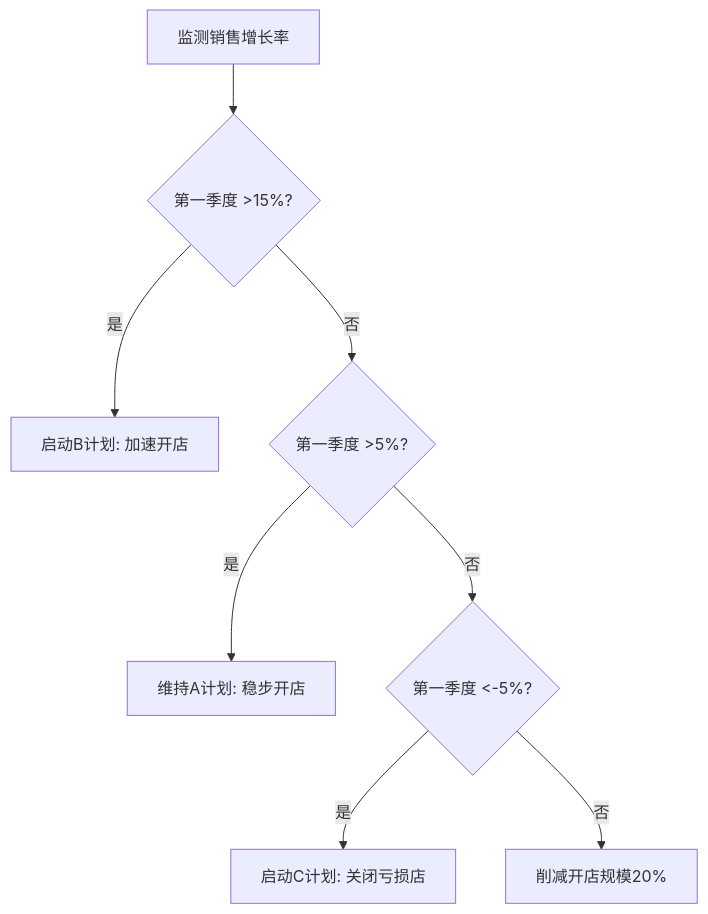
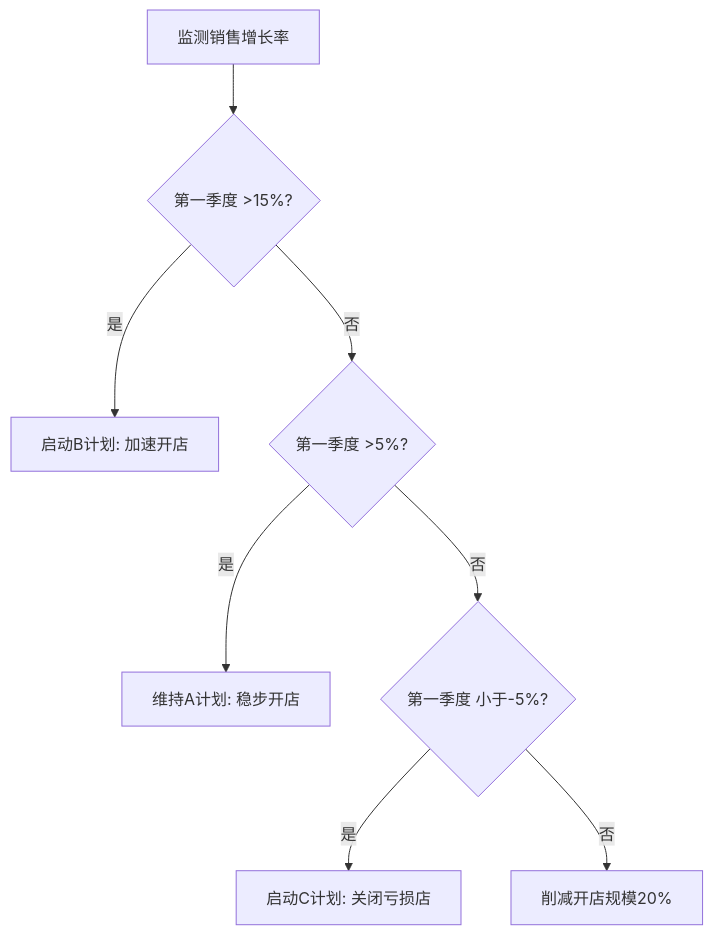
Before and after one commit to amcoimg/my-digital-garden: the diagram in src/site/notes/08-财务专业/财务BP/学习内容/财务预测与模型/情景分析/情景分析的决策应用.md, drawn with Mermaid. The commit also changed 5 other files, not shown here.

````diff
--- a/src/site/notes/08-财务专业/财务BP/学习内容/财务预测与模型/情景分析/情景分析的决策应用.md
+++ b/src/site/notes/08-财务专业/财务BP/学习内容/财务预测与模型/情景分析/情景分析的决策应用.md
@@ -96,10 +96,10 @@
 ```mermaid
 flowchart TD
     A[监测销售增长率] --> B{第一季度 >15%?}
     B -->|是| C[启动B计划: 加速开店]
     B -->|否| D{第一季度 >5%?}
     D -->|是| E[维持A计划: 稳步开店]
-    D -->|否| F{第一季度 <-5%?}
+    D -->|否| F{第一季度 小于-5%?}
     F -->|是| G[启动C计划: 关闭亏损店]
     F -->|否| H[削减开店规模20%]
 ```
````
